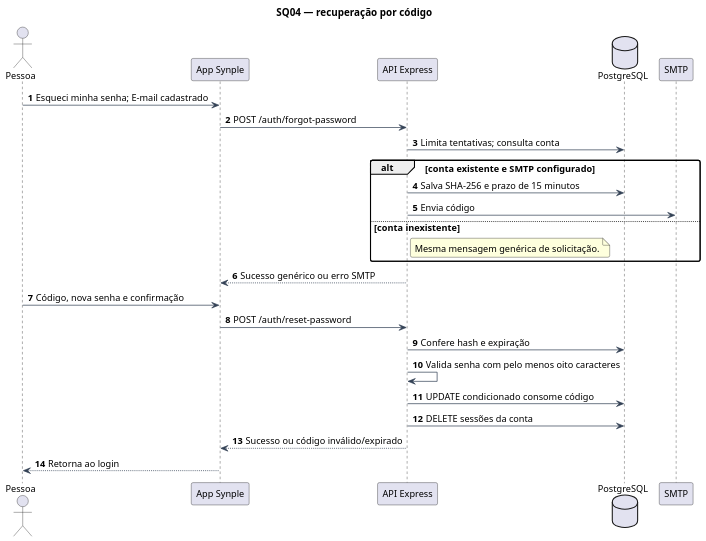
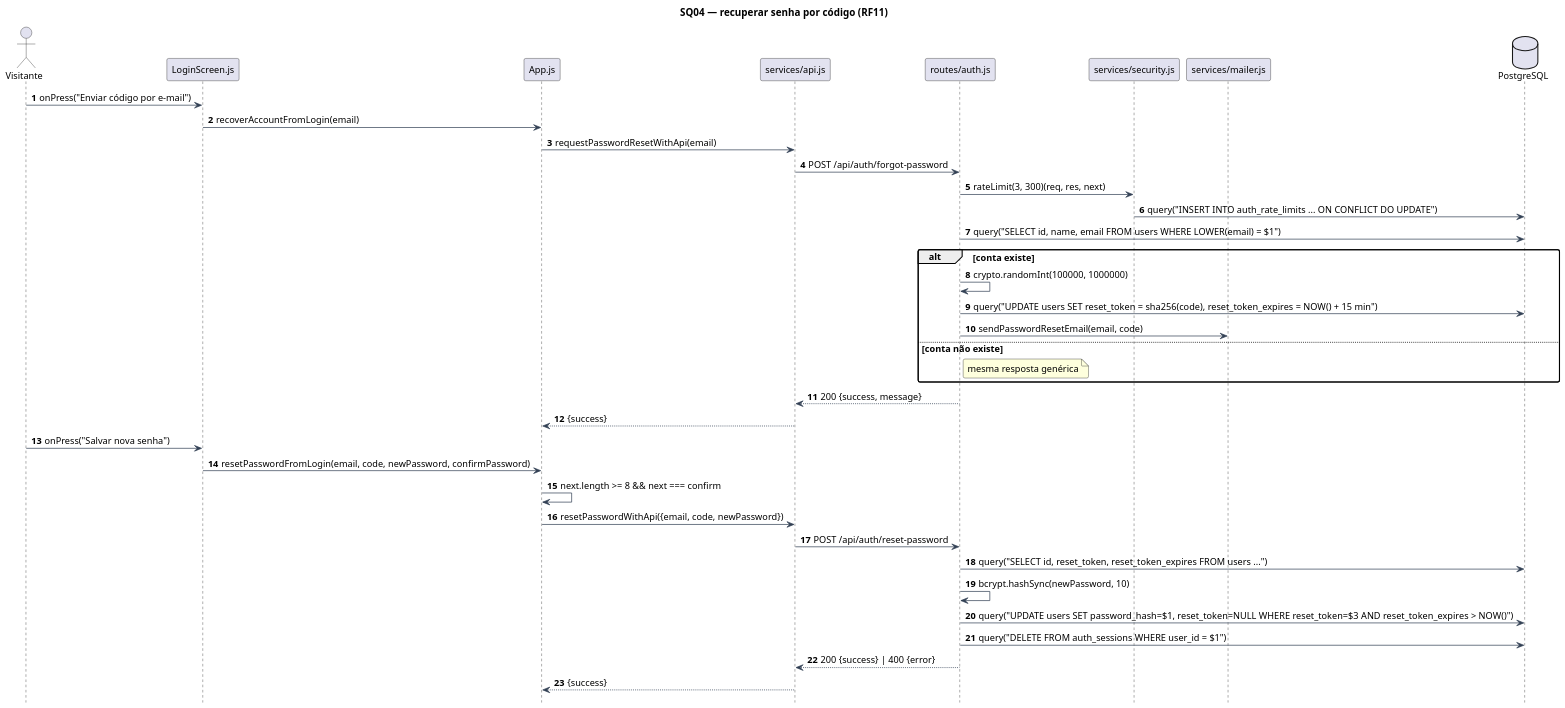
One commit to skzun/BRTPDS2 changed the diagram in docs/Diagramas/ENTREGA_DEFINITIVA/fontes/seq-recuperacao.puml. Above: the diagram before and after it, drawn with PlantUML. The commit also changed 45 other files, not shown here.

First line of the commit message:
Corrige diagramas e documentação do Incremento 3

```diff
--- a/docs/Diagramas/ENTREGA_DEFINITIVA/fontes/seq-recuperacao.puml
+++ b/docs/Diagramas/ENTREGA_DEFINITIVA/fontes/seq-recuperacao.puml
@@ -1,37 +1,49 @@
 @startuml
 !pragma layout smetana
 skinparam backgroundColor white
 skinparam shadowing false
 skinparam defaultFontName SansSerif
 skinparam defaultFontSize 13
 skinparam ArrowColor #334155
-skinparam packageStyle rectangle
-skinparam classAttributeIconSize 0
 skinparam roundcorner 5
 skinparam dpi 130
-title SQ04 — recuperação por código
+skinparam sequenceMessageAlign left
+hide footbox
 autonumber
-actor Pessoa
-participant "App Synple" as App
-participant "API Express" as API
-database PostgreSQL as DB
-participant SMTP
-Pessoa -> App : Esqueci minha senha; E-mail cadastrado
-App -> API : POST /auth/forgot-password
-API -> DB : Limita tentativas; consulta conta
-alt conta existente e SMTP configurado
- API -> DB : Salva SHA-256 e prazo de 15 minutos
- API -> SMTP : Envia código
-else conta inexistente
- note right of API : Mesma mensagem genérica de solicitação.
+title SQ04 — recuperar senha por código (RF11)
+actor Visitante as V
+participant "LoginScreen.js" as UI
+participant "App.js" as App
+participant "services/api.js" as Api
+participant "routes/auth.js" as Auth
+participant "services/security.js" as Sec
+participant "services/mailer.js" as Mail
+database "PostgreSQL" as DB
+V -> UI : onPress("Enviar código por e-mail")
+UI -> App : recoverAccountFromLogin(email)
+App -> Api : requestPasswordResetWithApi(email)
+Api -> Auth : POST /api/auth/forgot-password
+Auth -> Sec : rateLimit(3, 300)(req, res, next)
+Sec -> DB : query("INSERT INTO auth_rate_limits ... ON CONFLICT DO UPDATE")
+Auth -> DB : query("SELECT id, name, email FROM users WHERE LOWER(email) = $1")
+alt conta existe
+ Auth -> Auth : crypto.randomInt(100000, 1000000)
+ Auth -> DB : query("UPDATE users SET reset_token = sha256(code), reset_token_expires = NOW() + 15 min")
+ Auth -> Mail : sendPasswordResetEmail(email, code)
+else conta não existe
+ note right of Auth : mesma resposta genérica
 end
-API --> App : Sucesso genérico ou erro SMTP
-Pessoa -> App : Código, nova senha e confirmação
-App -> API : POST /auth/reset-password
-API -> DB : Confere hash e expiração
-API -> API : Valida senha com pelo menos oito caracteres
-API -> DB : UPDATE condicionado consome código
-API -> DB : DELETE sessões da conta
-API --> App : Sucesso ou código inválido/expirado
-App --> Pessoa : Retorna ao login
+Auth --> Api : 200 {success, message}
+Api --> App : {success}
+V -> UI : onPress("Salvar nova senha")
+UI -> App : resetPasswordFromLogin(email, code, newPassword, confirmPassword)
+App -> App : next.length >= 8 && next === confirm
+App -> Api : resetPasswordWithApi({email, code, newPassword})
+Api -> Auth : POST /api/auth/reset-password
+Auth -> DB : query("SELECT id, reset_token, reset_token_expires FROM users ...")
+Auth -> Auth : bcrypt.hashSync(newPassword, 10)
+Auth -> DB : query("UPDATE users SET password_hash=$1, reset_token=NULL WHERE reset_token=$3 AND reset_token_expires > NOW()")
+Auth -> DB : query("DELETE FROM auth_sessions WHERE user_id = $1")
+Auth --> Api : 200 {success} | 400 {error}
+Api --> App : {success}
 @enduml
```
